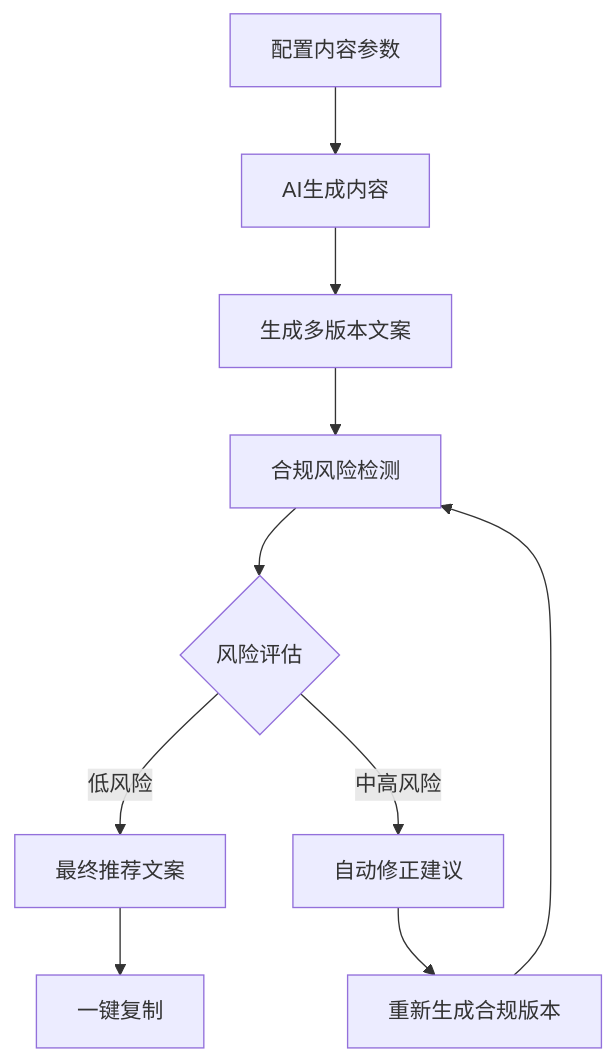
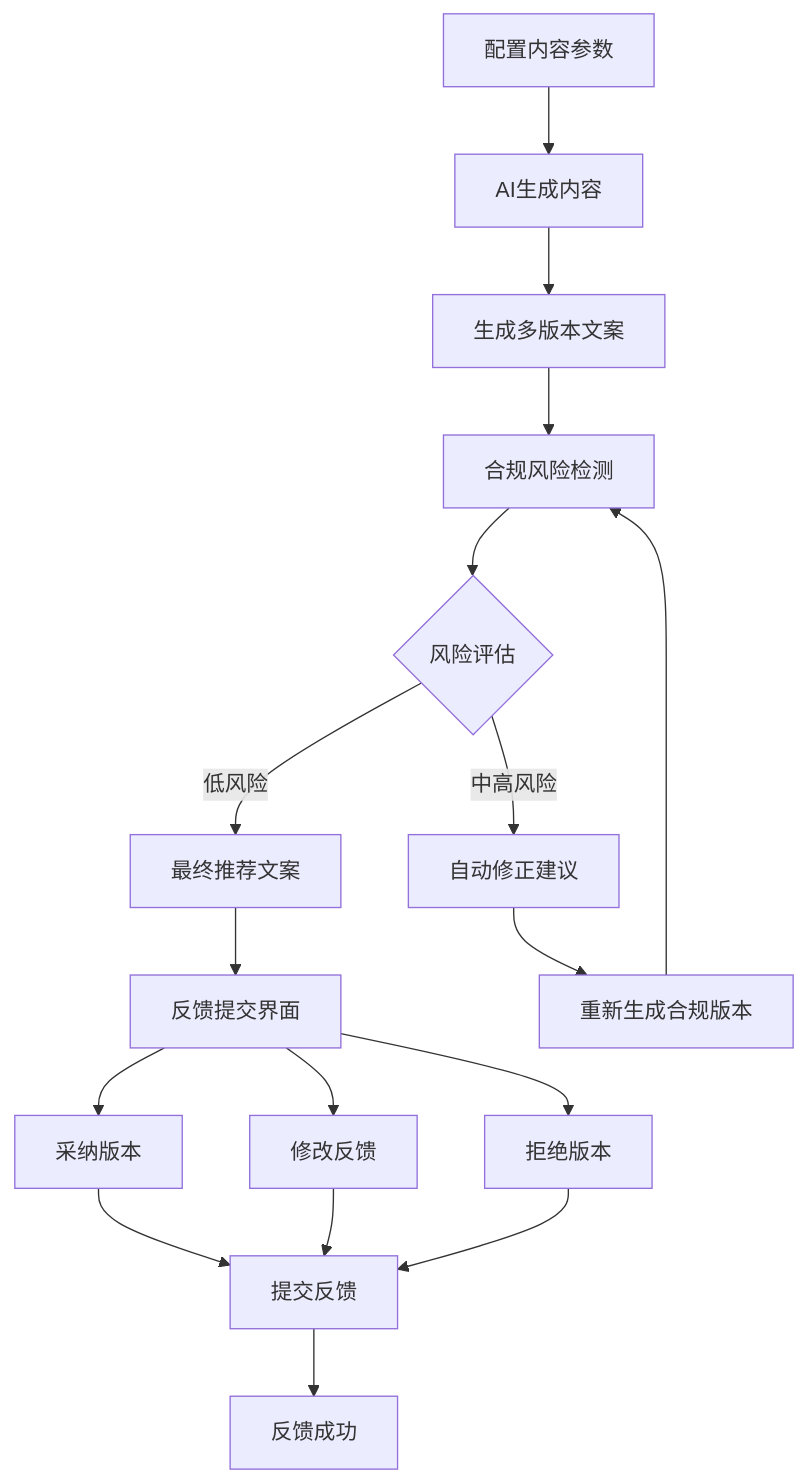
The eighth of 12 diagrams in .qoder/repowiki/zh/content/前端应用架构/前端应用架构.md (dream-ze/AI_huoke-), drawn with Mermaid before and after one commit. The commit also changed other lines of this file and 220 other files, not shown here.

````diff
--- a/.qoder/repowiki/zh/content/前端应用架构/前端应用架构.md
+++ b/.qoder/repowiki/zh/content/前端应用架构/前端应用架构.md
@@ -451,12 +456,19 @@
 ```mermaid
 flowchart TD
 Config["配置内容参数"] --> Generate["AI生成内容"]
 Generate --> Versions["生成多版本文案"]
 Versions --> Compliance["合规风险检测"]
 Compliance --> Risk{"风险评估"}
 Risk --> |低风险| Final["最终推荐文案"]
 Risk --> |中高风险| Fix["自动修正建议"]
 Fix --> Regenerate["重新生成合规版本"]
 Regenerate --> Compliance
-Final --> Copy["一键复制"]
+Final --> Feedback["反馈提交界面"]
+Feedback --> Adopt["采纳版本"]
+Feedback --> Modified["修改反馈"]
+Feedback --> Reject["拒绝版本"]
+Adopt --> Submit["提交反馈"]
+Modified --> Submit
+Reject --> Submit
+Submit --> Success["反馈成功"]
 ```
````
